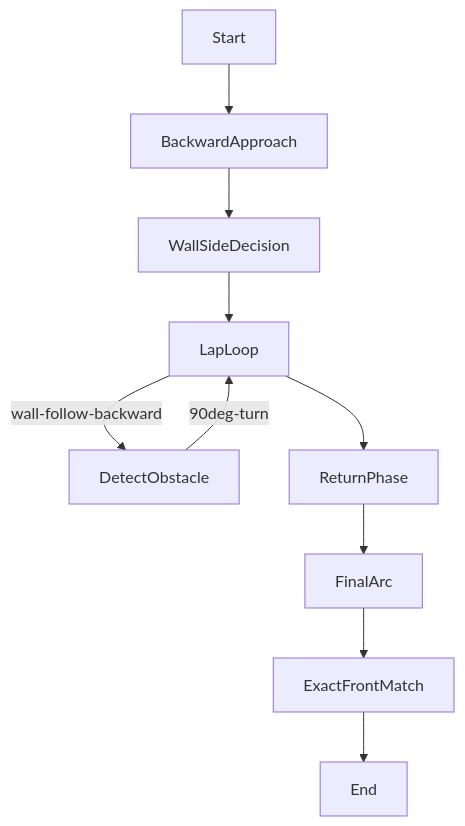
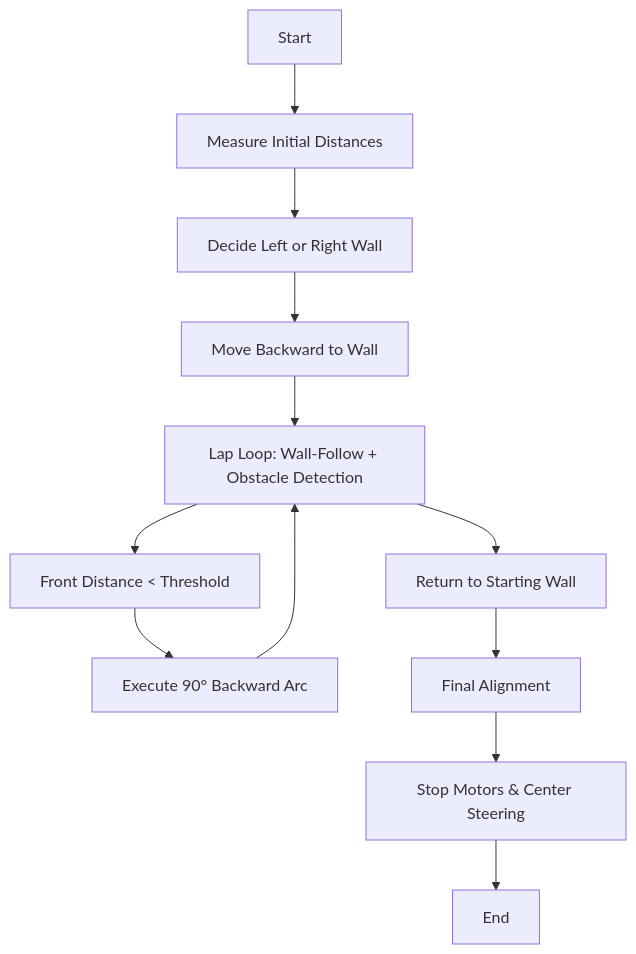
One commit to DexterTaha/WRO-FE-2025-Mindcraft changed the diagram in src ( source code )/PI4B/README.md. Above: the diagram before and after it, drawn with Mermaid. The commit also changed other lines of this file, not shown here.

````diff
--- a/src ( source code )/PI4B/README.md
+++ b/src ( source code )/PI4B/README.md
@@ -73,12 +80,14 @@
 ```mermaid
 flowchart TD
-    Start --> BackwardApproach
-    BackwardApproach --> WallSideDecision
-    WallSideDecision --> LapLoop
-    LapLoop -->|wall-follow-backward| DetectObstacle
-    DetectObstacle -->|90deg-turn| LapLoop
-    LapLoop --> ReturnPhase
-    ReturnPhase --> FinalArc
-    FinalArc --> ExactFrontMatch
-    ExactFrontMatch --> End
+Start --> MeasureInitial[Measure Initial Distances]
+MeasureInitial --> ChooseWall[Decide Left or Right Wall]
+ChooseWall --> BackwardApproach[Move Backward to Wall]
+BackwardApproach --> LapLoop[Lap Loop: Wall-Follow + Obstacle Detection]
+LapLoop --> DetectObstacle[Front Distance < Threshold]
+DetectObstacle --> ArcTurn[Execute 90° Backward Arc]
+ArcTurn --> LapLoop
+LapLoop --> ReturnPhase[Return to Starting Wall]
+ReturnPhase --> AlignFinal[Final Alignment]
+AlignFinal --> StopMotors[Stop Motors & Center Steering]
+StopMotors --> End
 ```
````
